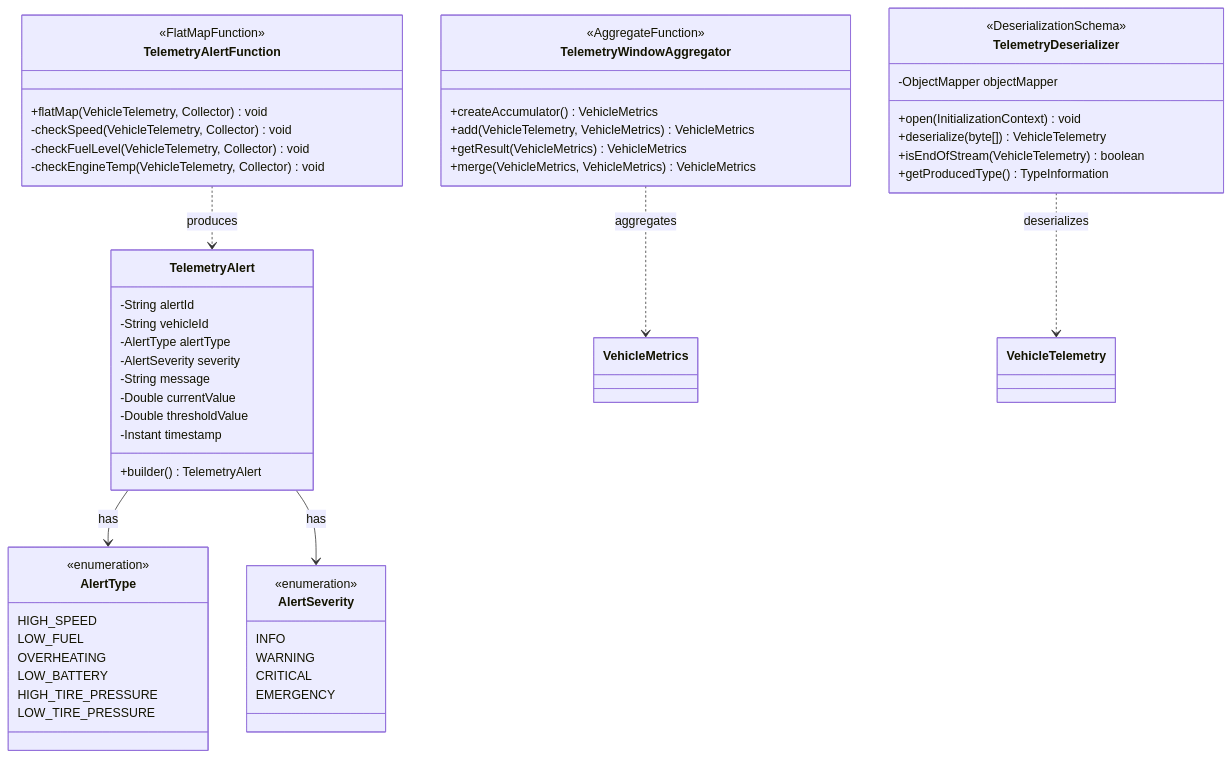
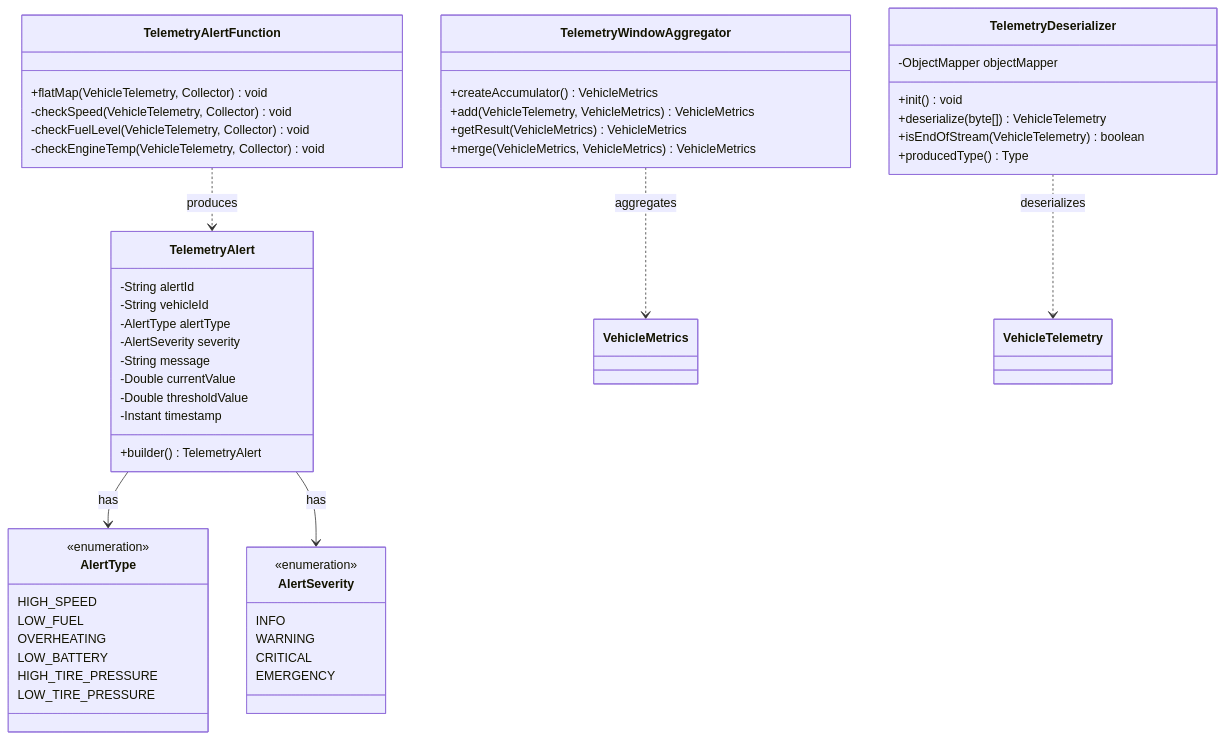
One commit to Shallako/ShuzAHS changed the eighth of 18 diagrams in DIAGRAMS.md. Above: the diagram before and after it, drawn with Mermaid. The commit also changed other lines of this file and 3 other files, not shown here.

Commit message:
Migrate stream processing from Flink to Hazelcast Jet (embedded), update associated documentation, diagrams, and pipeline references, and remove outdated Flink-specific configurations and scripts.

````diff
--- a/DIAGRAMS.md
+++ b/DIAGRAMS.md
@@ -474,63 +474,60 @@
 ```mermaid
 classDiagram
     class TelemetryAlertFunction {
-        <<FlatMapFunction>>
         +flatMap(VehicleTelemetry, Collector) void
         -checkSpeed(VehicleTelemetry, Collector) void
         -checkFuelLevel(VehicleTelemetry, Collector) void
         -checkEngineTemp(VehicleTelemetry, Collector) void
     }
     
     class TelemetryAlert {
         -String alertId
         -String vehicleId
         -AlertType alertType
         -AlertSeverity severity
         -String message
         -Double currentValue
         -Double thresholdValue
         -Instant timestamp
         +builder() TelemetryAlert
     }
     
     class AlertType {
         <<enumeration>>
         HIGH_SPEED
         LOW_FUEL
         OVERHEATING
         LOW_BATTERY
         HIGH_TIRE_PRESSURE
         LOW_TIRE_PRESSURE
     }
     
     class AlertSeverity {
         <<enumeration>>
         INFO
         WARNING
         CRITICAL
         EMERGENCY
     }
     
     class TelemetryWindowAggregator {
-        <<AggregateFunction>>
         +createAccumulator() VehicleMetrics
         +add(VehicleTelemetry, VehicleMetrics) VehicleMetrics
         +getResult(VehicleMetrics) VehicleMetrics
         +merge(VehicleMetrics, VehicleMetrics) VehicleMetrics
     }
     
     class TelemetryDeserializer {
-        <<DeserializationSchema>>
         -ObjectMapper objectMapper
-        +open(InitializationContext) void
+        +init() void
         +deserialize(byte[]) VehicleTelemetry
         +isEndOfStream(VehicleTelemetry) boolean
-        +getProducedType() TypeInformation
+        +producedType() Type
     }
     
     TelemetryAlertFunction ..> TelemetryAlert : produces
     TelemetryAlert --> AlertType : has
     TelemetryAlert --> AlertSeverity : has
     TelemetryWindowAggregator ..> VehicleMetrics : aggregates
     TelemetryDeserializer ..> VehicleTelemetry : deserializes
 ```
````
